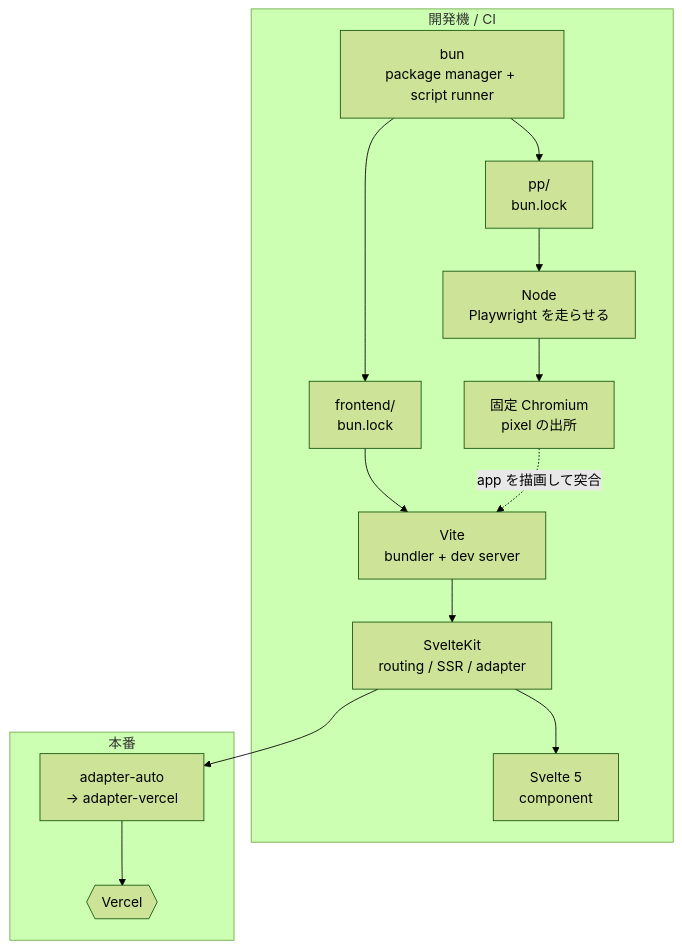
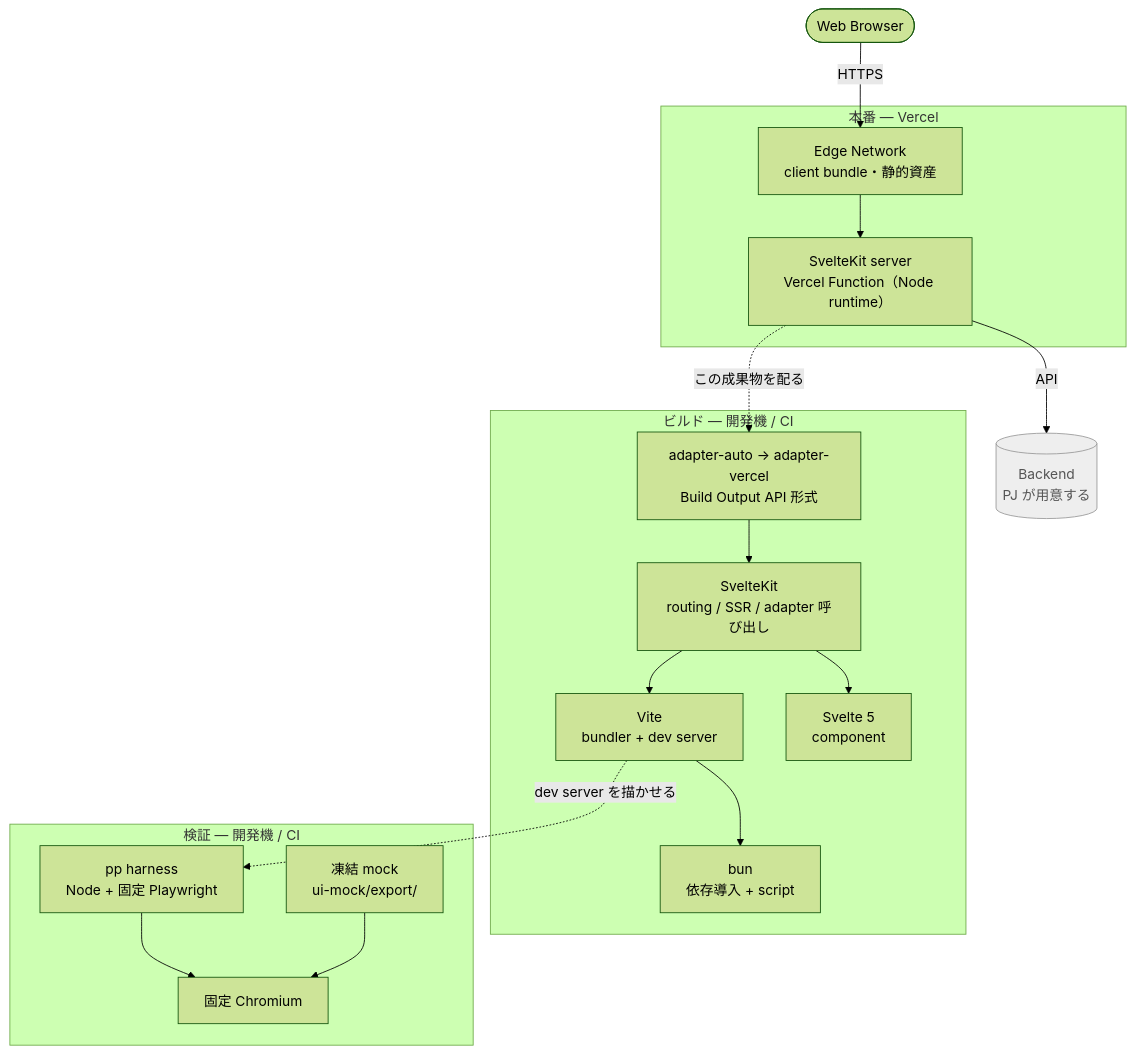
Before and after one commit to h2suzuki/claude-design-fe-starter: the first of 2 diagrams in README.md, drawn with Mermaid (forest theme). The commit also changed other lines of this file, not shown here.

Commit message:
readme: Start the stack chart at the browser
The chart began at the package manager and worked outward, which put the
tooling on top and left the two things the app actually serves — Vercel
and the backend — off the picture entirely. It now reads downward from
the browser: Vercel serves the bundle and runs the SvelteKit function,
the function calls the project's backend, and the build and verify lanes
hang below as what produces and checks that output. The backend is
greyed because the seed does not supply one.

The table alongside it was keyed by an invented layer name for something
that is not a layer stack. Rows are the modules the chart names, in the
chart's own order, each with its role and the file it lives in.

````diff
--- a/README.md
+++ b/README.md
@@ -51,18 +51,38 @@
 ```mermaid
 flowchart TB
-  subgraph DEV["開発機 / CI"]
-    BUN["bun<br/>package manager + script runner"]
-    BUN --> FE["frontend/<br/>bun.lock"]
-    BUN --> PP["pp/<br/>bun.lock"]
-    FE --> VITE["Vite<br/>bundler + dev server"]
-    VITE --> KIT["SvelteKit<br/>routing / SSR / adapter"]
-    KIT --> SVELTE["Svelte 5<br/>component"]
-    PP --> NODE["Node<br/>Playwright を走らせる"]
-    NODE --> CHROME["固定 Chromium<br/>pixel の出所"]
+  BROWSER(["Web Browser"])
+
+  subgraph PROD["本番 — Vercel"]
+    EDGE["Edge Network<br/>client bundle・静的資産"]
+    FN["SvelteKit server<br/>Vercel Function（Node runtime）"]
+    EDGE --> FN
   end
-  subgraph SHIP["本番"]
-    ADAPTER["adapter-auto<br/>→ adapter-vercel"] --> VERCEL{{"Vercel"}}
+
+  subgraph BUILD["ビルド — 開発機 / CI"]
+    ADAPTER["adapter-auto → adapter-vercel<br/>Build Output API 形式"]
+    KIT["SvelteKit<br/>routing / SSR / adapter 呼び出し"]
+    VITE["Vite<br/>bundler + dev server"]
+    SVELTE["Svelte 5<br/>component"]
+    BUN["bun<br/>依存導入 + script"]
+    ADAPTER --> KIT
+    KIT --> VITE
+    KIT --> SVELTE
+    VITE --> BUN
   end
-  KIT --> ADAPTER
-  CHROME -. "app を描画して突合" .-> VITE
+
+  subgraph VERIFY["検証 — 開発機 / CI"]
+    PP["pp harness<br/>Node + 固定 Playwright"]
+    CHROME["固定 Chromium"]
+    MOCK["凍結 mock<br/>ui-mock/export/"]
+    PP --> CHROME
+    MOCK --> CHROME
+  end
+
+  BROWSER -->|HTTPS| EDGE
+  FN -->|API| BE[("Backend<br/>PJ が用意する")]
+  FN -.->|この成果物を配る| ADAPTER
+  VITE -.->|dev server を描かせる| PP
+
+  classDef outside fill:#eeeeee,stroke:#999999,color:#555555
+  class BE outside
 ```
````
